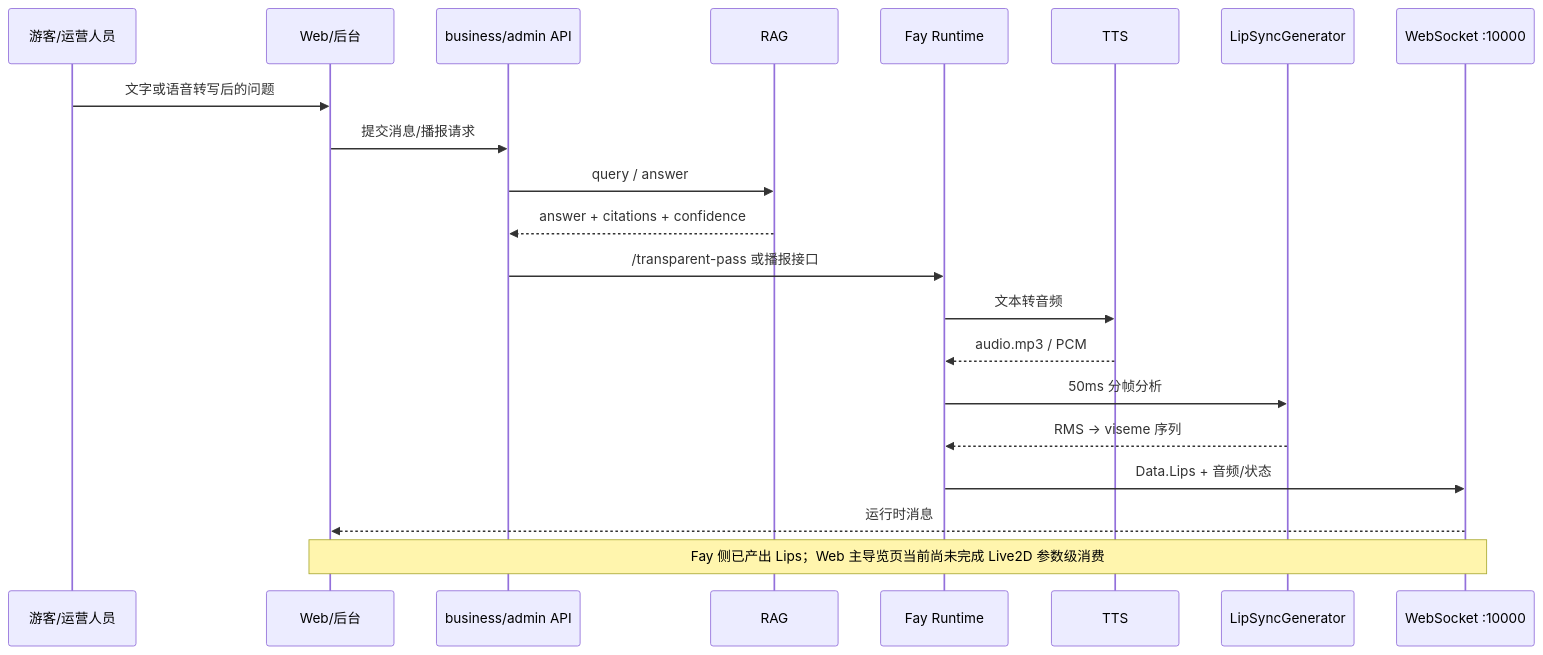
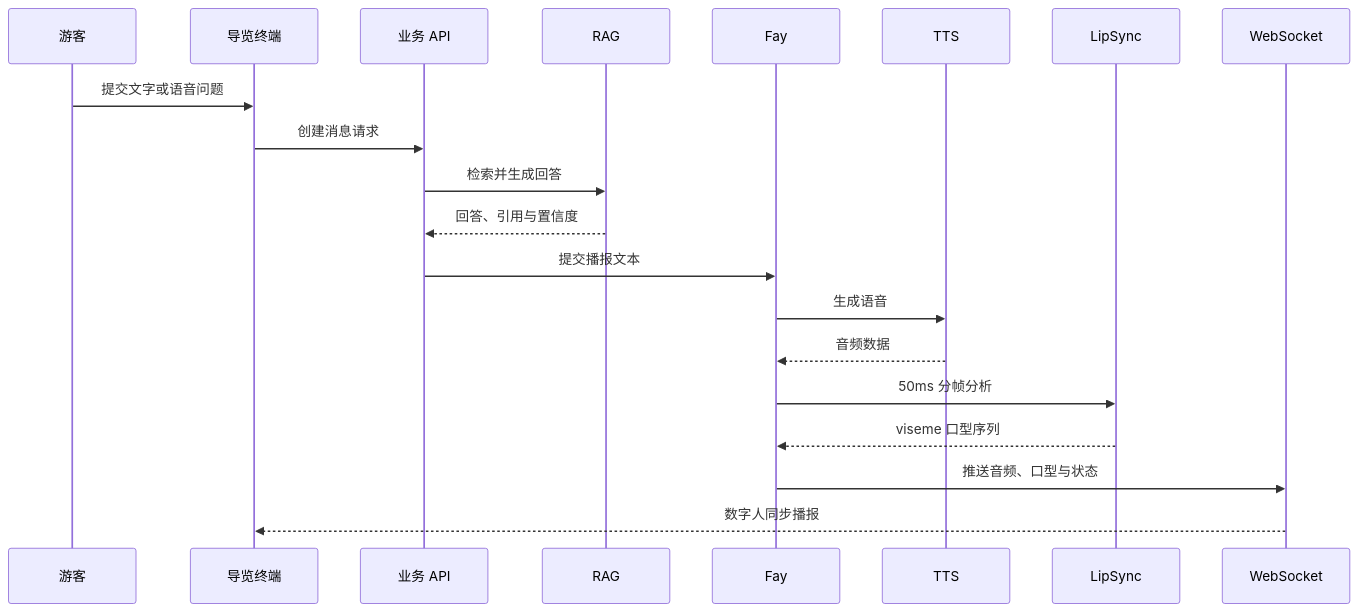
The first of 2 diagrams in docs/submission-report/02-方案设计文档.md (Serein-hue/Software-Digital-human), drawn with Mermaid before and after one commit. The commit also changed other lines of this file and 10 other files, not shown here.

````diff
--- a/docs/submission-report/02-方案设计文档.md
+++ b/docs/submission-report/02-方案设计文档.md
@@ -749,23 +689,22 @@
 ```mermaid
 sequenceDiagram
-  participant U as 游客/运营人员
-  participant UI as Web/后台
-  participant API as business/admin API
+  participant U as 游客
+  participant UI as 导览终端
+  participant API as 业务 API
   participant R as RAG
-  participant F as Fay Runtime
+  participant F as Fay
   participant T as TTS
-  participant L as LipSyncGenerator
-  participant WS as WebSocket :10000
-  U->>UI: 文字或语音转写后的问题
-  UI->>API: 提交消息/播报请求
-  API->>R: query / answer
-  R-->>API: answer + citations + confidence
-  API->>F: /transparent-pass 或播报接口
-  F->>T: 文本转音频
-  T-->>F: audio.mp3 / PCM
+  participant L as LipSync
+  participant WS as WebSocket
+  U->>UI: 提交文字或语音问题
+  UI->>API: 创建消息请求
+  API->>R: 检索并生成回答
+  R-->>API: 回答、引用与置信度
+  API->>F: 提交播报文本
+  F->>T: 生成语音
+  T-->>F: 音频数据
   F->>L: 50ms 分帧分析
-  L-->>F: RMS → viseme 序列
-  F->>WS: Data.Lips + 音频/状态
-  WS-->>UI: 运行时消息
-  Note over WS,UI: Fay 侧已产出 Lips；Web 主导览页当前尚未完成 Live2D 参数级消费
+  L-->>F: viseme 口型序列
+  F->>WS: 推送音频、口型与状态
+  WS-->>UI: 数字人同步播报
 ```
````
